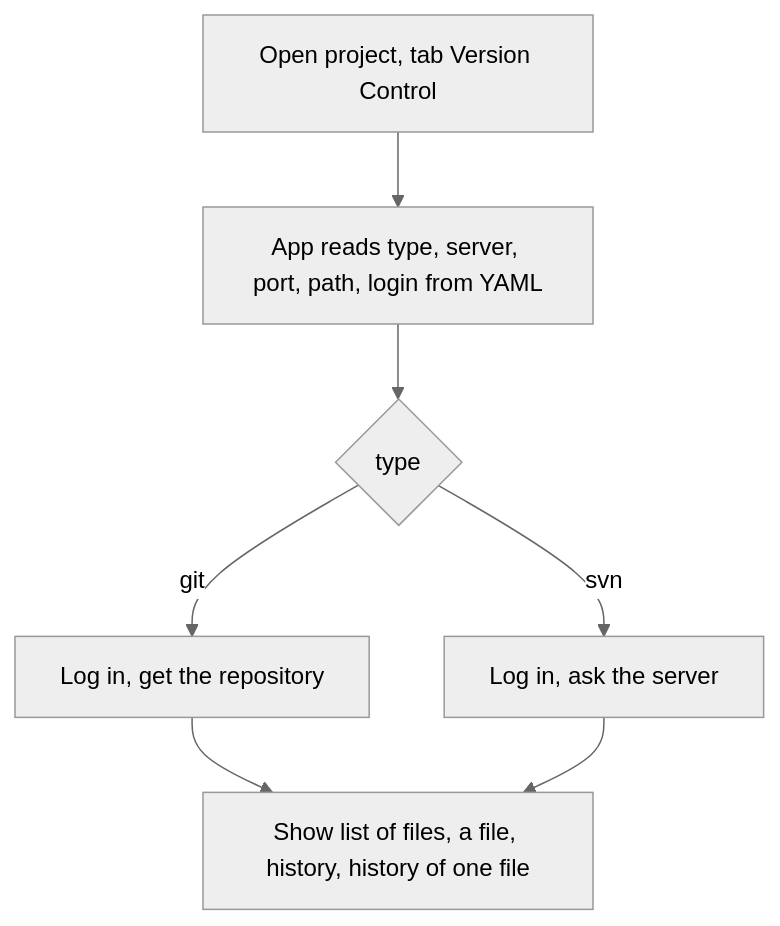
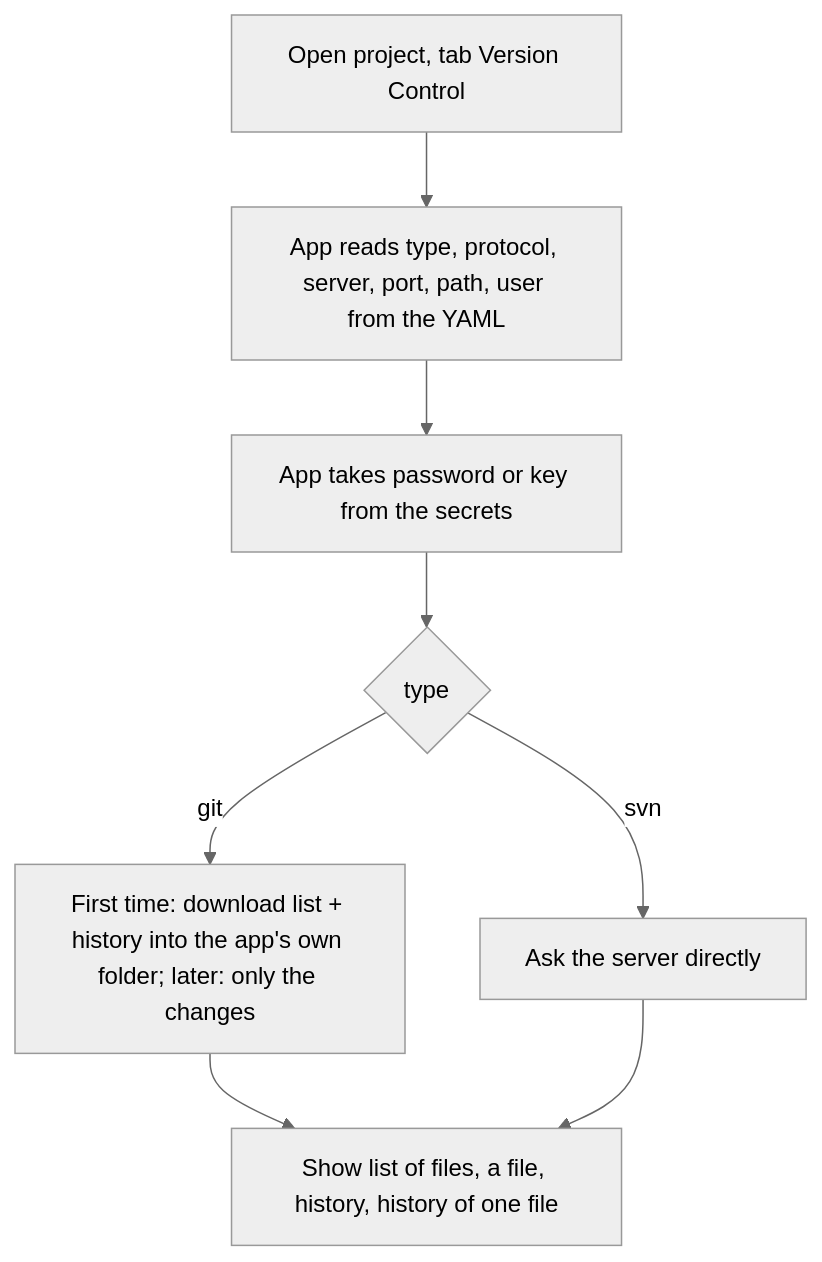
One commit to GFGMNET/Workspace changed the diagram in docs/plans/VERSION-CONTROL.md. Above: the diagram before and after it, drawn with Mermaid (neutral theme). The commit also changed other lines of this file, not shown here.

First line of the commit message:
Plan: all protocols checked, git:// closed, detail workflow 8c

````diff
--- a/docs/plans/VERSION-CONTROL.md
+++ b/docs/plans/VERSION-CONTROL.md
@@ -62,9 +74,10 @@
 ```mermaid
 flowchart TD
-  A[Open project, tab Version Control] --> B[App reads type, server, port, path, login from YAML]
-  B --> C{type}
-  C -->|git| D[Log in, get the repository]
-  C -->|svn| E[Log in, ask the server]
-  D --> F[Show list of files, a file, history, history of one file]
-  E --> F
+  A[Open project, tab Version Control] --> B[App reads type, protocol, server, port, path, user from the YAML]
+  B --> C[App takes password or key from the secrets]
+  C --> D{type}
+  D -->|git| E[First time: download list + history into the app's own folder; later: only the changes]
+  D -->|svn| F[Ask the server directly]
+  E --> G[Show list of files, a file, history, history of one file]
+  F --> G
 ```
````
